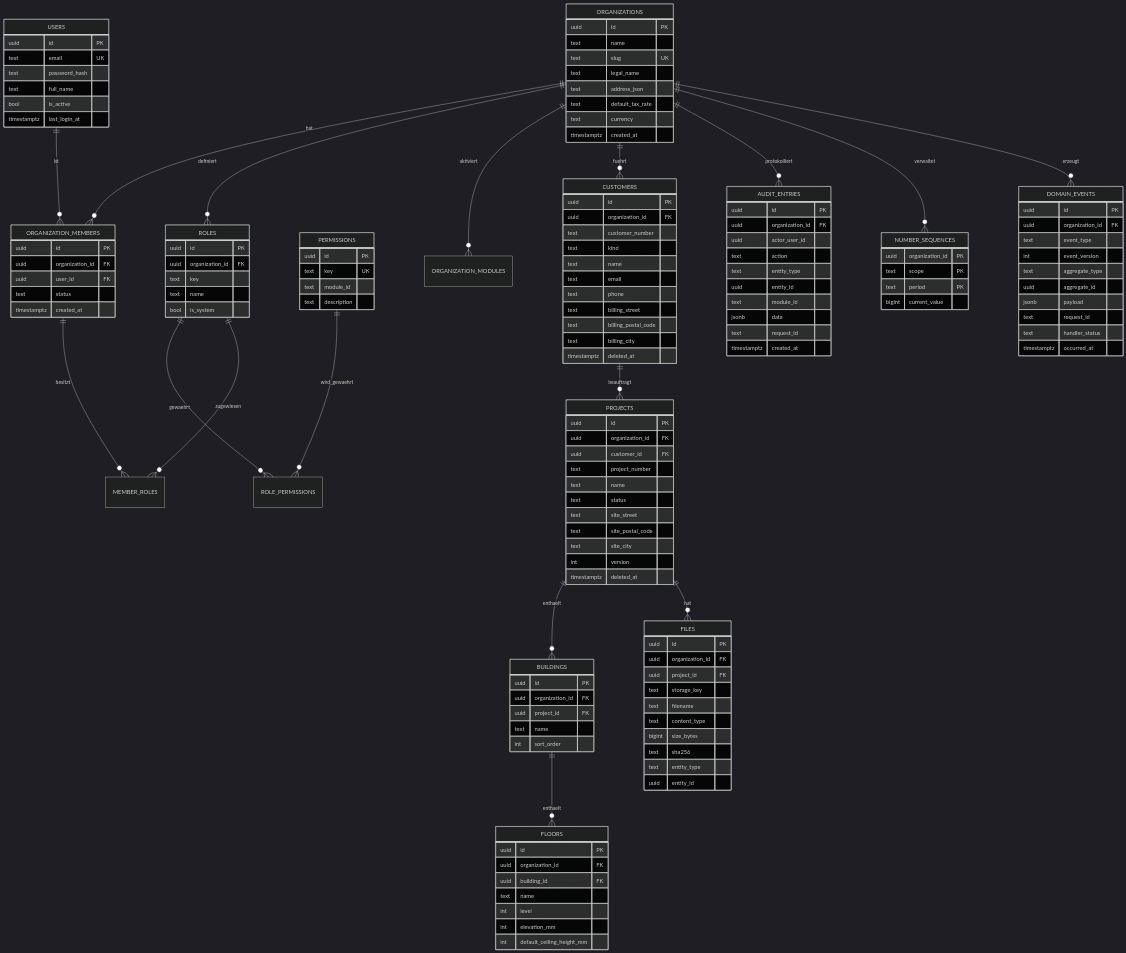
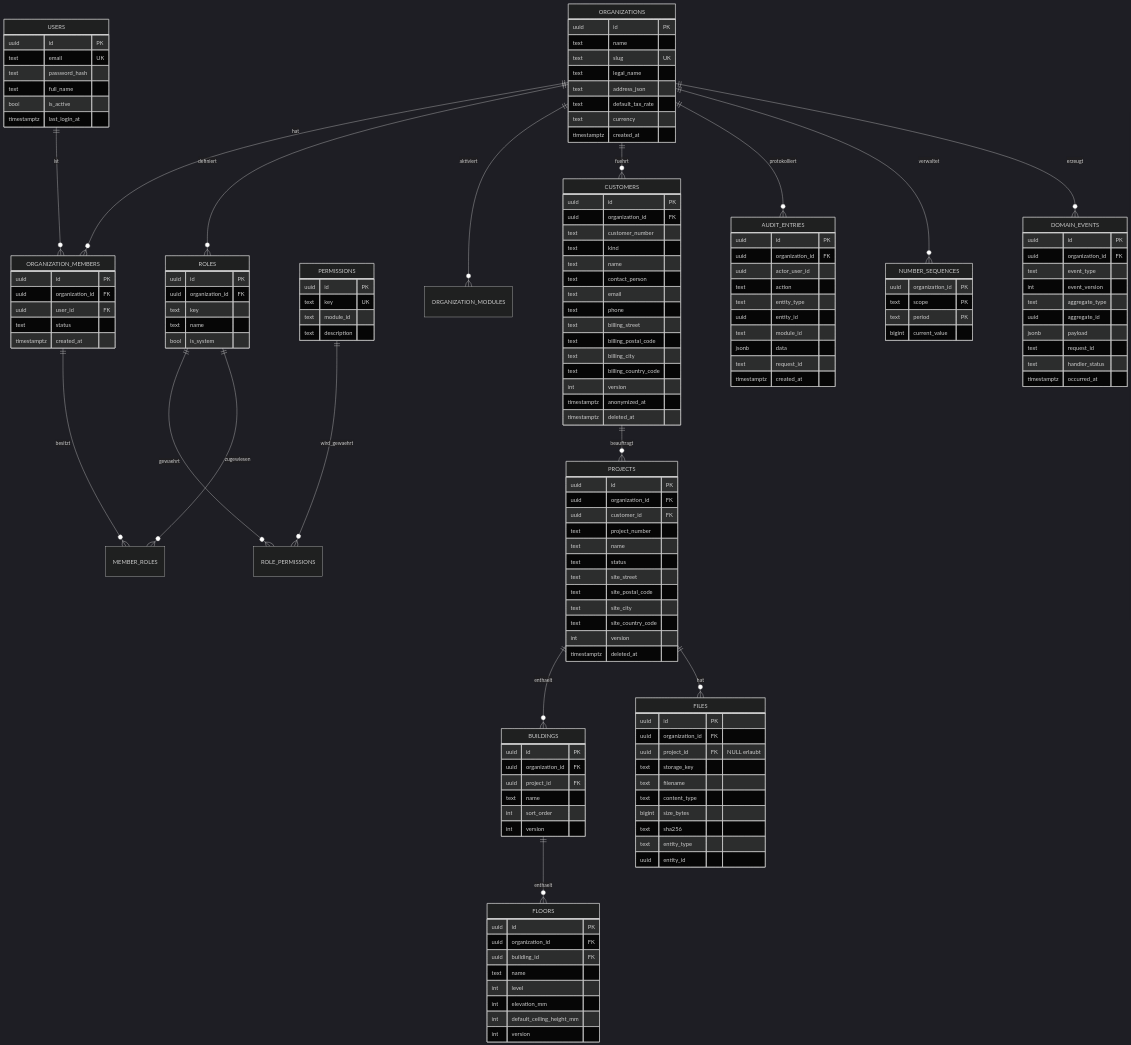
Before and after one commit to Saftsack24/ElektroPlan: the first of 4 diagrams in docs/database.md, drawn with Mermaid (dark theme). The commit also changed other lines of this file and 65 other files, not shown here.

```diff
--- a/docs/database.md
+++ b/docs/database.md
@@ -137,11 +137,15 @@
         text customer_number
         text kind
         text name
+        text contact_person
         text email
         text phone
         text billing_street
         text billing_postal_code
         text billing_city
+        text billing_country_code
+        int version
+        timestamptz anonymized_at
         timestamptz deleted_at
     }
     PROJECTS {
@@ -154,6 +158,7 @@
         text site_street
         text site_postal_code
         text site_city
+        text site_country_code
         int version
         timestamptz deleted_at
     }
@@ -163,6 +168,7 @@
         uuid project_id FK
         text name
         int sort_order
+        int version
     }
     FLOORS {
         uuid id PK
@@ -172,11 +178,12 @@
         int level
         int elevation_mm
         int default_ceiling_height_mm
+        int version
     }
     FILES {
         uuid id PK
         uuid organization_id FK
-        uuid project_id FK
+        uuid project_id FK "NULL erlaubt"
         text storage_key
         text filename
         text content_type
```
